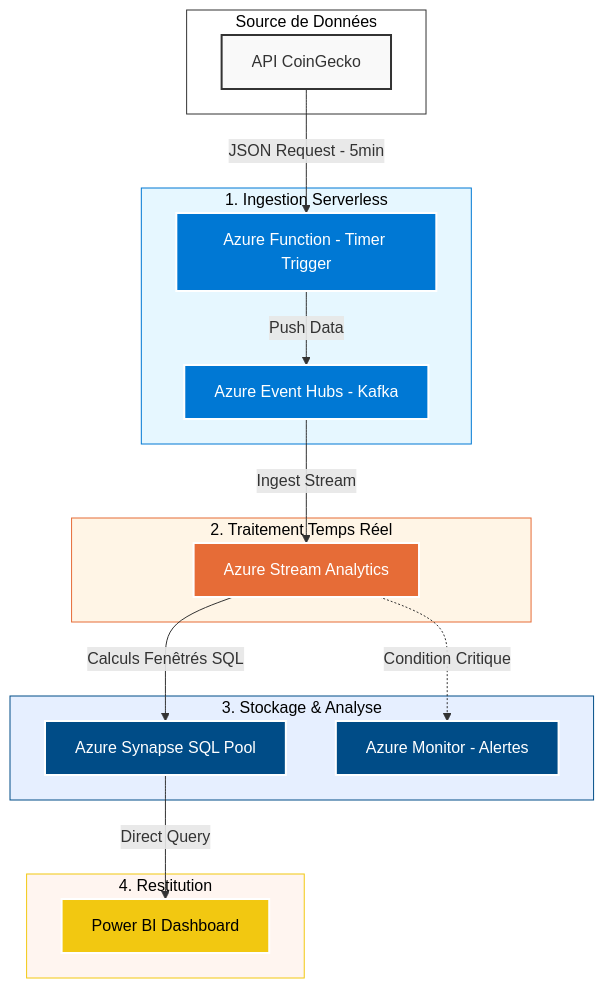
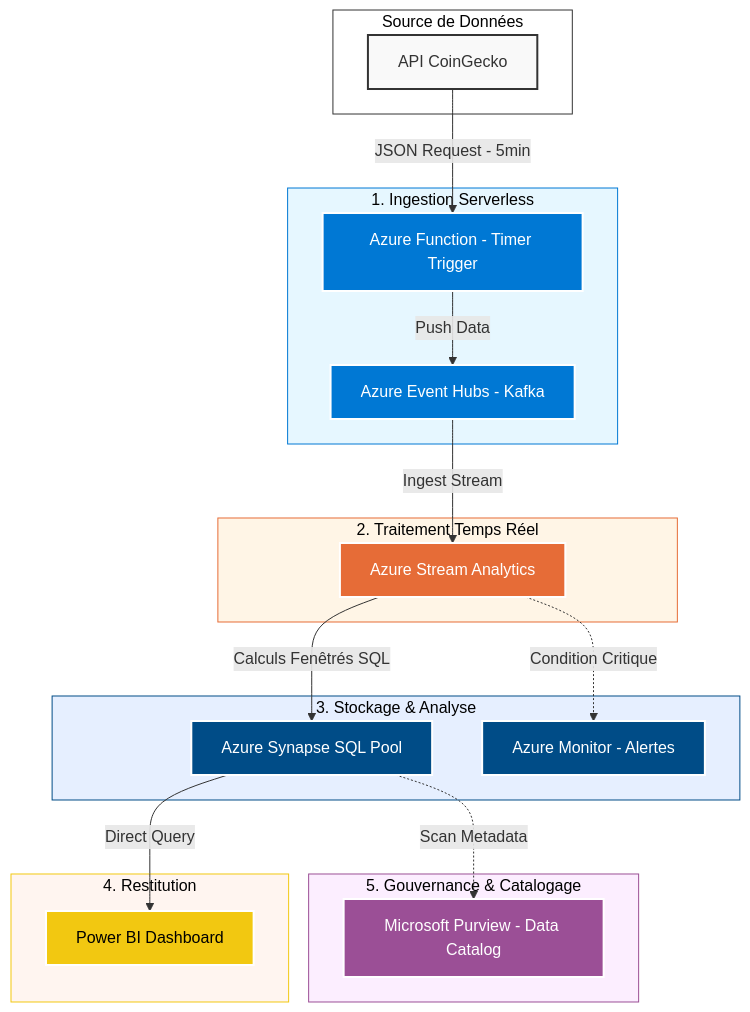
Before and after one commit to ilyessalmi/Data-Engineering-Projects: the diagram in 04-RealTime-Crypto-Analysis-Azure/README.md, drawn with Mermaid. The commit also changed other lines of this file, not shown here.

````diff
--- a/04-RealTime-Crypto-Analysis-Azure/README.md
+++ b/04-RealTime-Crypto-Analysis-Azure/README.md
@@ -17,46 +17,55 @@
 ```mermaid
 graph TD
     %% Styles
     classDef source fill:#f9f9f9,stroke:#333,stroke-width:2px;
     classDef ingest fill:#0078D4,stroke:#fff,stroke-width:2px,color:#fff;
     classDef process fill:#E66C37,stroke:#fff,stroke-width:2px,color:#fff;
     classDef storage fill:#004C87,stroke:#fff,stroke-width:2px,color:#fff;
     classDef viz fill:#F2C811,stroke:#fff,stroke-width:2px,color:#000;
+    classDef gov fill:#9B4F96,stroke:#fff,stroke-width:2px,color:#fff;
 
     subgraph External ["Source de Données"]
         API["API CoinGecko"]:::source
     end
 
     subgraph Ingestion ["1. Ingestion Serverless"]
         AzFunc["Azure Function - Timer Trigger"]:::ingest
         EventHub["Azure Event Hubs - Kafka"]:::ingest
     end
 
     subgraph Processing ["2. Traitement Temps Réel"]
         Stream["Azure Stream Analytics"]:::process
     end
 
     subgraph Storage_Analyze ["3. Stockage & Analyse"]
         Synapse["Azure Synapse SQL Pool"]:::storage
         Monitor["Azure Monitor - Alertes"]:::storage
     end
 
+    subgraph Governance ["5. Gouvernance & Catalogage"]
+        Purview["Microsoft Purview - Data Catalog"]:::gov
+    end
+
     subgraph Viz ["4. Restitution"]
         PBI["Power BI Dashboard"]:::viz
     end
 
-    %% Flux
+    %% Flux de Données
     API -->|JSON Request - 5min| AzFunc
     AzFunc -->|Push Data| EventHub
     EventHub -->|Ingest Stream| Stream
     Stream -->|Calculs Fenêtrés SQL| Synapse
     Synapse -->|Direct Query| PBI
     Stream -.->|Condition Critique| Monitor
+    
+    %% Flux de Gouvernance
+    Synapse -.->|Scan Metadata| Purview
 
-    %% Styling
+    %% Styling des groupes
     style External fill:#fff,stroke:#333,color:#000
     style Ingestion fill:#e6f7ff,stroke:#0078D4,color:#000
     style Processing fill:#fff5e6,stroke:#E66C37,color:#000
     style Storage_Analyze fill:#e6efff,stroke:#004C87,color:#000
     style Viz fill:#fff5f0,stroke:#F2C811,color:#000
+    style Governance fill:#fceeff,stroke:#9B4F96,color:#000
 ```
````
